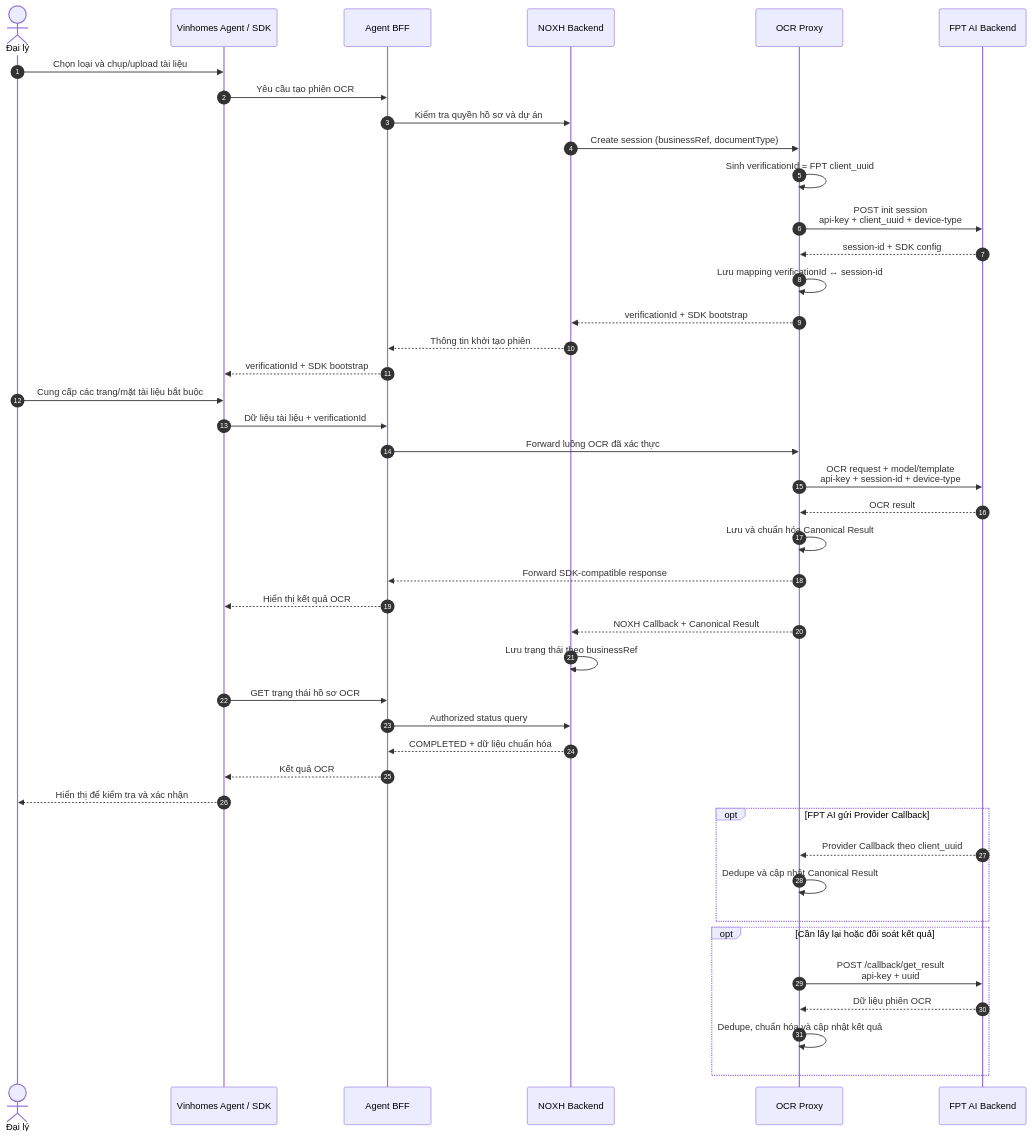
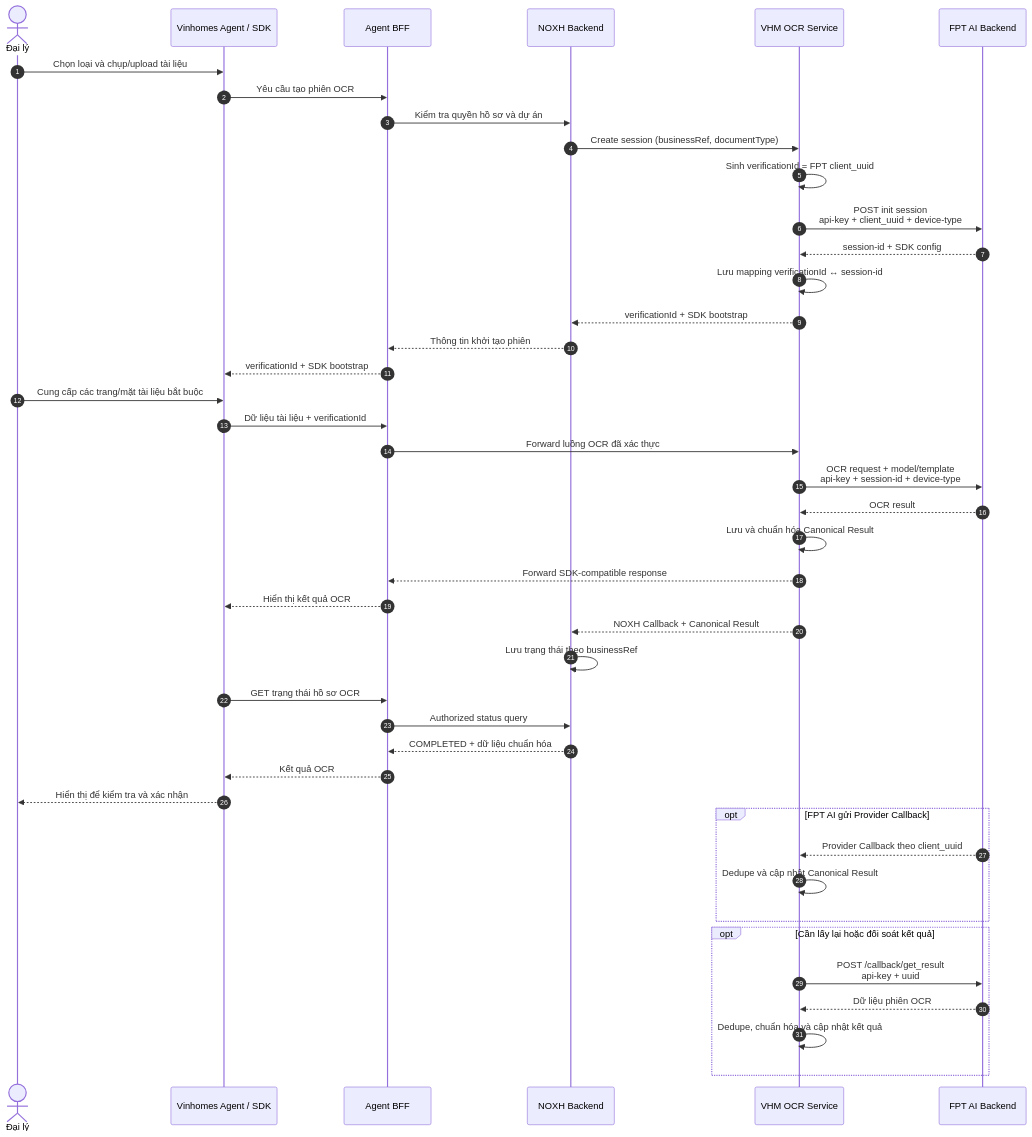
One commit to huynv-xyz/vhm changed the second of 9 diagrams in noxh.md. Above: the diagram before and after it, drawn with Mermaid. The commit also changed other lines of this file, not shown here.

````diff
--- a/noxh.md
+++ b/noxh.md
@@ -216,50 +207,50 @@
 ```mermaid
 sequenceDiagram
     autonumber
     actor DL as Đại lý
     participant APP as Vinhomes Agent / SDK
     participant BFF as Agent BFF
     participant NOXH as NOXH Backend
-    participant OCR as OCR Proxy
+    participant OCR as VHM OCR Service
     participant FPT as FPT AI Backend
 
     DL->>APP: Chọn loại và chụp/upload tài liệu
     APP->>BFF: Yêu cầu tạo phiên OCR
     BFF->>NOXH: Kiểm tra quyền hồ sơ và dự án
     NOXH->>OCR: Create session (businessRef, documentType)
     OCR->>OCR: Sinh verificationId = FPT client_uuid
     OCR->>FPT: POST init session<br/>api-key + client_uuid + device-type
     FPT-->>OCR: session-id + SDK config
     OCR->>OCR: Lưu mapping verificationId ↔ session-id
     OCR-->>NOXH: verificationId + SDK bootstrap
     NOXH-->>BFF: Thông tin khởi tạo phiên
     BFF-->>APP: verificationId + SDK bootstrap
 
     DL->>APP: Cung cấp các trang/mặt tài liệu bắt buộc
     APP->>BFF: Dữ liệu tài liệu + verificationId
     BFF->>OCR: Forward luồng OCR đã xác thực
     OCR->>FPT: OCR request + model/template<br/>api-key + session-id + device-type
     FPT-->>OCR: OCR result
     OCR->>OCR: Lưu và chuẩn hóa Canonical Result
     OCR-->>BFF: Forward SDK-compatible response
     BFF-->>APP: Hiển thị kết quả OCR
 
     OCR-->>NOXH: NOXH Callback + Canonical Result
     NOXH->>NOXH: Lưu trạng thái theo businessRef
     APP->>BFF: GET trạng thái hồ sơ OCR
     BFF->>NOXH: Authorized status query
     NOXH-->>BFF: COMPLETED + dữ liệu chuẩn hóa
     BFF-->>APP: Kết quả OCR
     APP-->>DL: Hiển thị để kiểm tra và xác nhận
 
     opt FPT AI gửi Provider Callback
         FPT-->>OCR: Provider Callback theo client_uuid
         OCR->>OCR: Dedupe và cập nhật Canonical Result
     end
 
     opt Cần lấy lại hoặc đối soát kết quả
         OCR->>FPT: POST /callback/get_result<br/>api-key + uuid
         FPT-->>OCR: Dữ liệu phiên OCR
         OCR->>OCR: Dedupe, chuẩn hóa và cập nhật kết quả
     end
 ```
````
